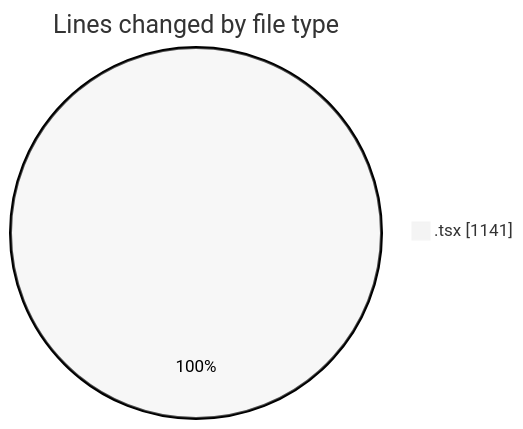
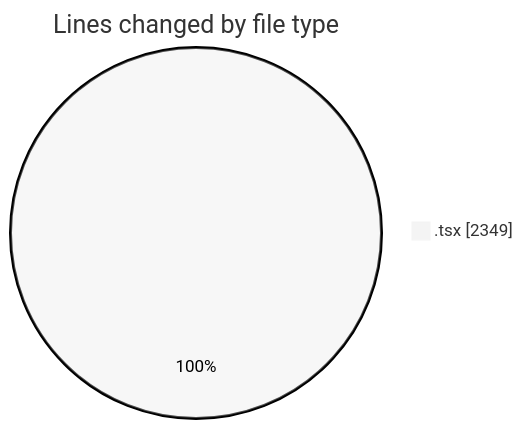
One commit to momahboobian/code-tracking changed the first of 2 diagrams in 2025-12-08/cda/README.md. Above: the diagram before and after it, drawn with Mermaid (neutral theme). The commit also changed other lines of this file and 1 other file, not shown here.

````diff
--- a/2025-12-08/cda/README.md
+++ b/2025-12-08/cda/README.md
@@ -21,5 +22,5 @@
 ```mermaid
 pie showData
 title Lines changed by file type
-".tsx" : 1141
+".tsx" : 2349
 ```
````
